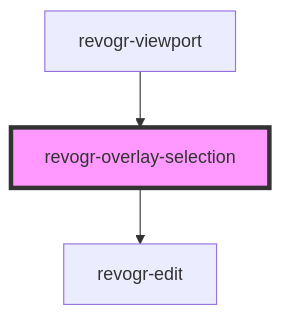
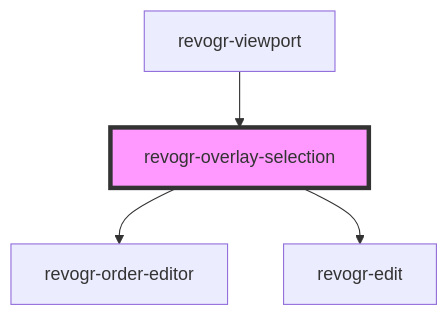
Before and after one commit to revolist/revogrid: the diagram in src/components/overlay/readme.md, drawn with Mermaid. The commit also changed other lines of this file and 21 other files, not shown here.

````diff
--- a/src/components/overlay/readme.md
+++ b/src/components/overlay/readme.md
@@ -43,6 +49,7 @@
 ```mermaid
 graph TD;
+  revogr-overlay-selection --> revogr-order-editor
   revogr-overlay-selection --> revogr-edit
   revogr-viewport --> revogr-overlay-selection
   style revogr-overlay-selection fill:#f9f,stroke:#333,stroke-width:4px
 ```
````
